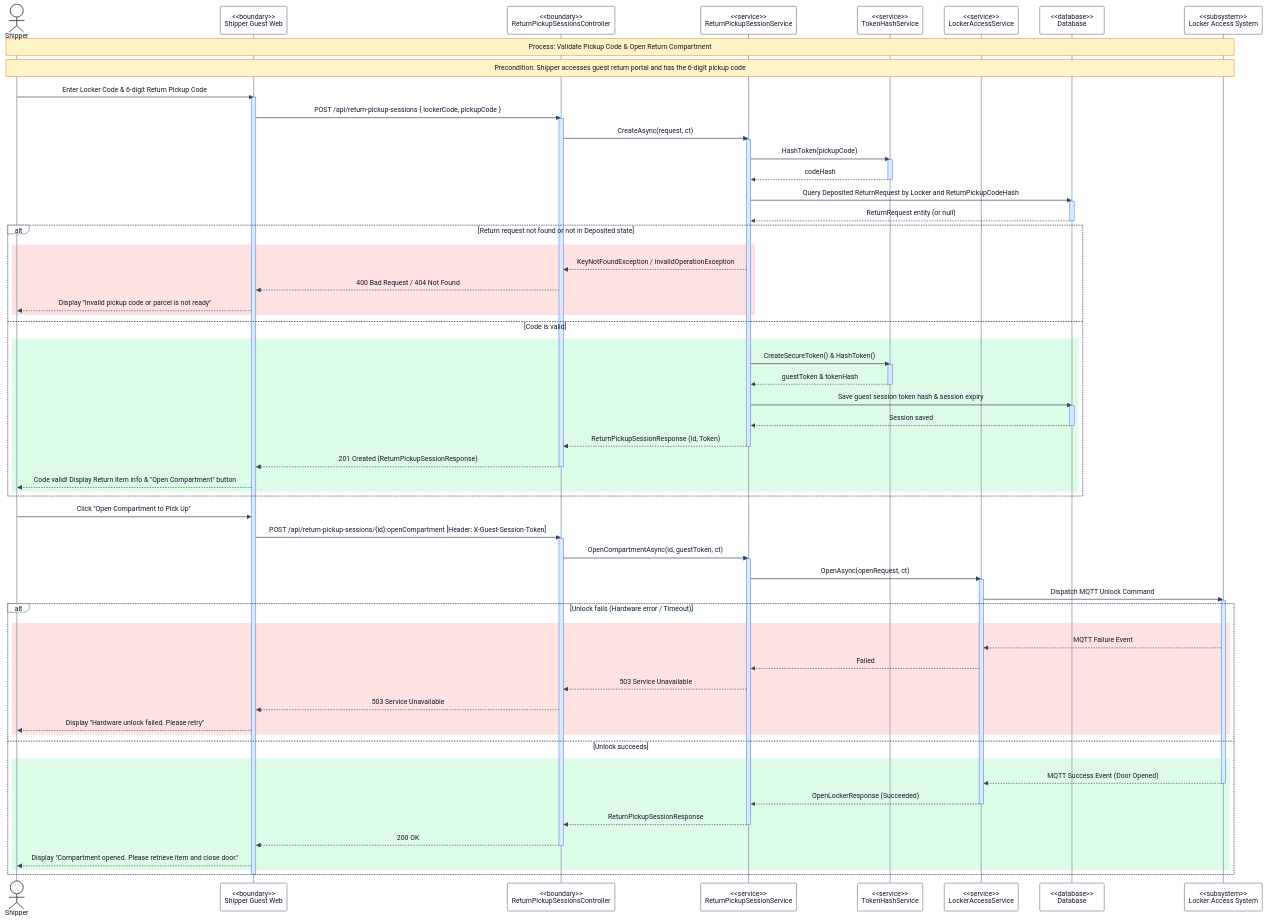
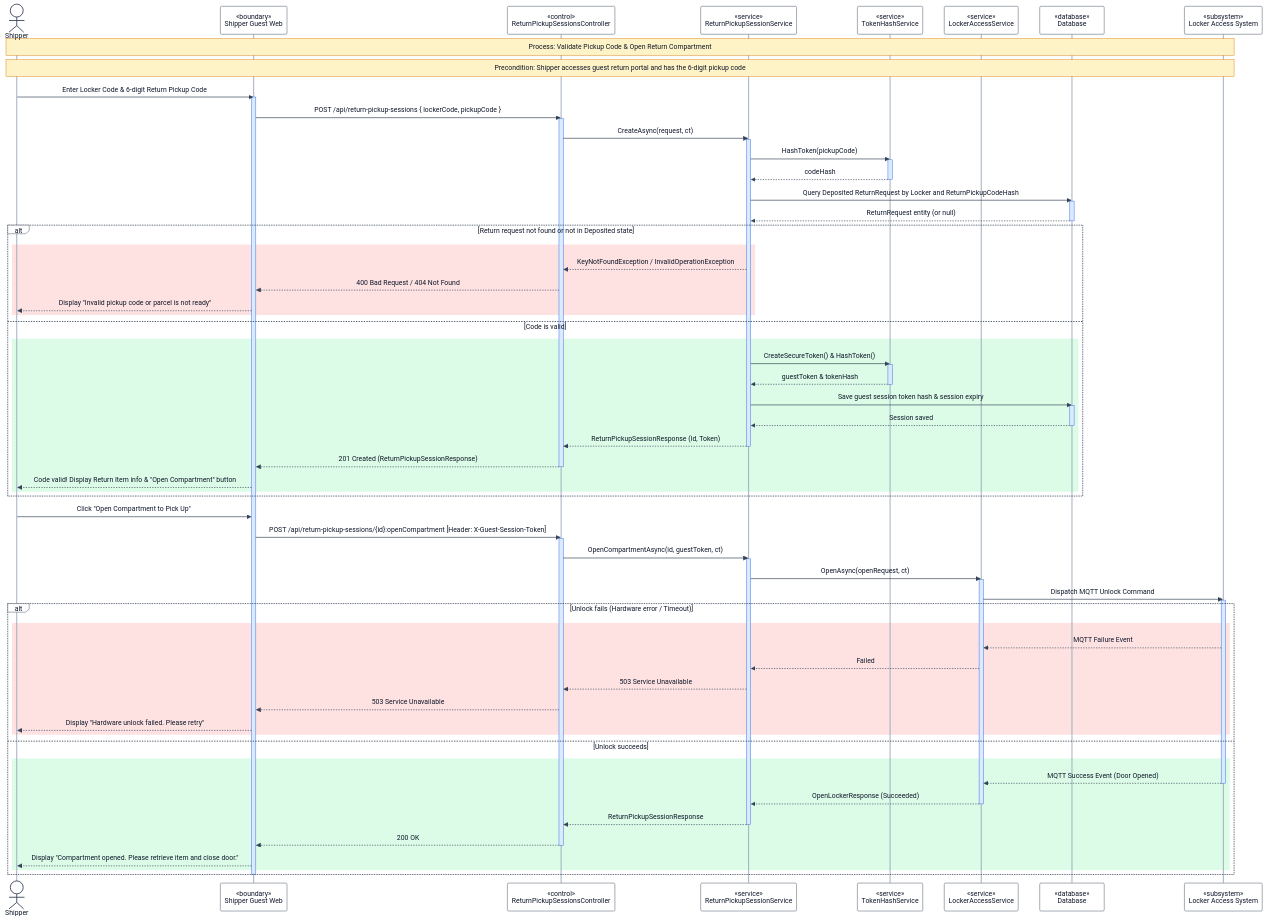
Before and after one commit to se-05-sdlms/smart-locking-diagram: the diagram in RP4/3.9 Resident Parcel Return Workflow/3.9.5 Validate Pickup Code & Open Return Compartment Sequence Diagram.md, drawn with Mermaid. The commit also changed 36 other files, not shown here.

Commit message:
Update diagram

```diff
--- a/RP4/3.9 Resident Parcel Return Workflow/3.9.5 Validate Pickup Code & Open Return Compartment Sequence Diagram.md
+++ b/RP4/3.9 Resident Parcel Return Workflow/3.9.5 Validate Pickup Code & Open Return Compartment Sequence Diagram.md
@@ -21,13 +21,13 @@
 sequenceDiagram
 
 actor SH as Shipper
-participant WEB as <<boundary>><br/>Shipper Guest Web
-participant CTRL as <<boundary>><br/>ReturnPickupSessionsController
-participant SVC as <<service>><br/>ReturnPickupSessionService
-participant TOKEN as <<service>><br/>TokenHashService
-participant ACCESS as <<service>><br/>LockerAccessService
-participant DB as <<database>><br/>Database
-participant LOCKER as <<subsystem>><br/>Locker Access System
+participant WEB as «boundary»<br/>Shipper Guest Web
+participant CTRL as «control»<br/>ReturnPickupSessionsController
+participant SVC as «service»<br/>ReturnPickupSessionService
+participant TOKEN as «service»<br/>TokenHashService
+participant ACCESS as «service»<br/>LockerAccessService
+participant DB as «database»<br/>Database
+participant LOCKER as «subsystem»<br/>Locker Access System
 
 Note over SH,LOCKER: Process: Validate Pickup Code & Open Return Compartment
 Note over SH,LOCKER: Precondition: Shipper accesses guest return portal and has the 6-digit pickup code
```
